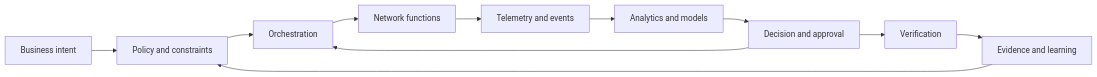
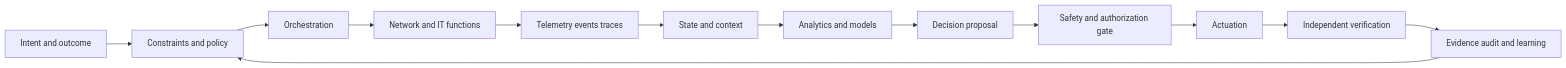
Before and after one commit to aiagent007700/AI-Atlas: the diagram in docs/networks/index.md, drawn with Mermaid. The commit also changed other lines of this file and 13 other files, not shown here.

````diff
--- a/docs/networks/index.md
+++ b/docs/networks/index.md
@@ -42,13 +32,15 @@
 ```mermaid
 flowchart LR
-    I[Business intent] --> P[Policy and constraints]
-    P --> O[Orchestration]
-    O --> N[Network functions]
-    N --> T[Telemetry and events]
-    T --> A[Analytics and models]
-    A --> D[Decision and approval]
-    D --> O
-    D --> V[Verification]
-    V --> E[Evidence and learning]
-    E --> P
+    I[Intent and outcome] --> C[Constraints and policy]
+    C --> O[Orchestration]
+    O --> N[Network and IT functions]
+    N --> T[Telemetry events traces]
+    T --> S[State and context]
+    S --> A[Analytics and models]
+    A --> D[Decision proposal]
+    D --> G[Safety and authorization gate]
+    G --> X[Actuation]
+    X --> V[Independent verification]
+    V --> E[Evidence audit and learning]
+    E --> C
 ```
````
